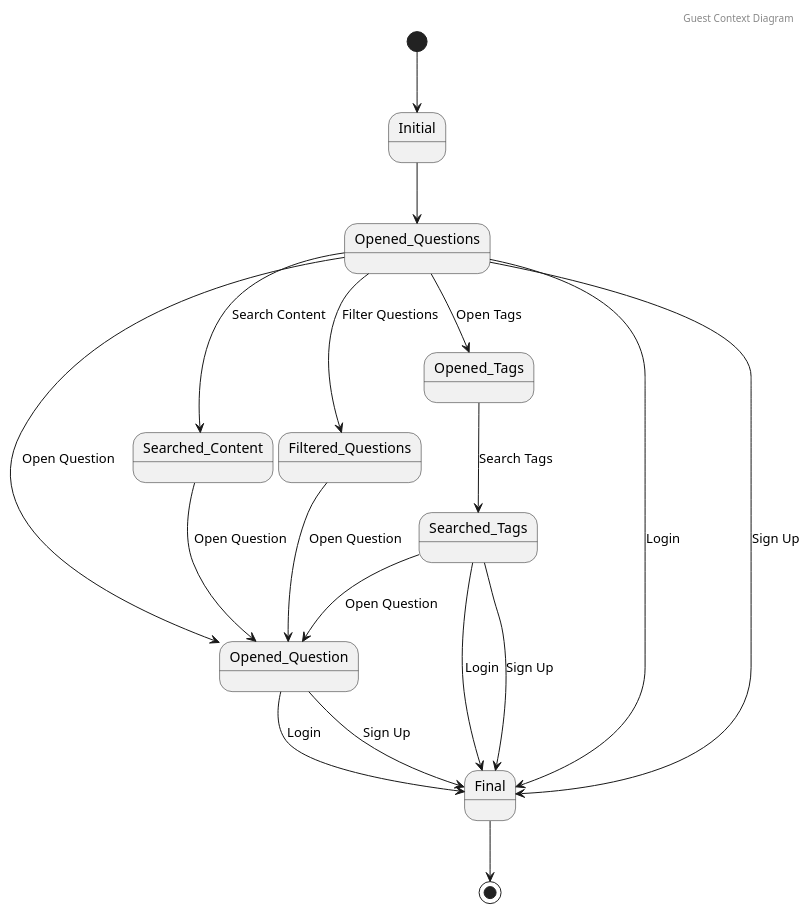
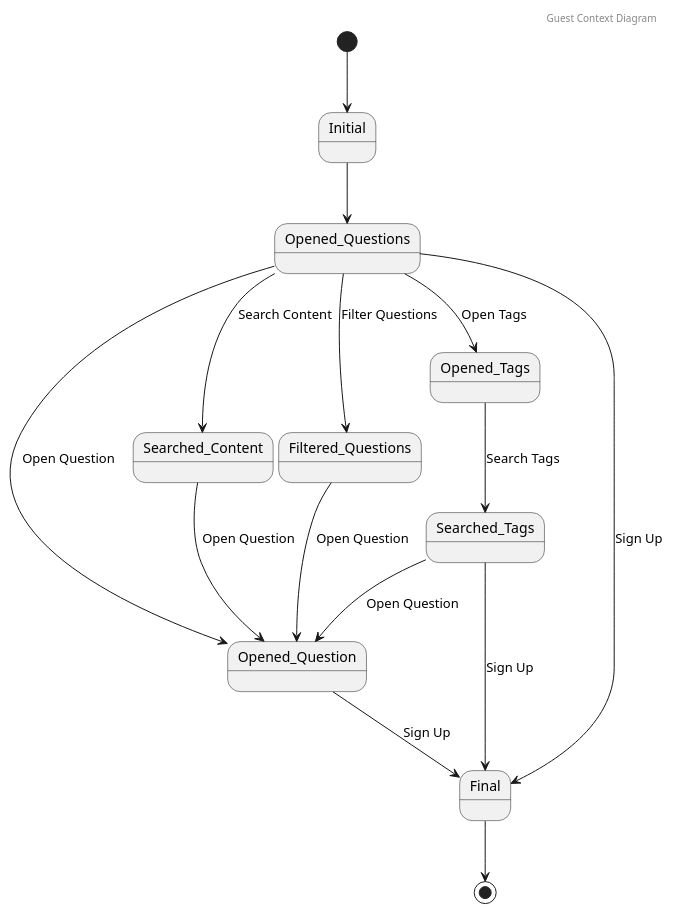
One commit to rafaelacirino/miw-backend-foro changed the diagram in src/main/resources/templates/diagramaDeContextoGuest.plantuml. Above: the diagram before and after it, drawn with PlantUML. The commit also changed 30 other files, not shown here.

Commit message:
fix diagramas

```diff
--- a/src/main/resources/templates/diagramaDeContextoGuest.plantuml
+++ b/src/main/resources/templates/diagramaDeContextoGuest.plantuml
@@ -1,27 +1,24 @@
 @startuml
 
 header Guest Context Diagram
 
 [*] --> Initial
 
 Initial --> Opened_Questions
 Opened_Questions --> Opened_Question : Open Question
 Opened_Questions --> Searched_Content : Search Content
 Searched_Content --> Opened_Question : Open Question
 Opened_Questions --> Filtered_Questions : Filter Questions
 Filtered_Questions --> Opened_Question : Open Question
 
 Opened_Questions --> Opened_Tags : Open Tags
 Opened_Tags --> Searched_Tags : Search Tags
 Searched_Tags --> Opened_Question : Open Question
 
-Opened_Question --> Final : Login
 Opened_Question --> Final : Sign Up
-Opened_Questions --> Final : Login
 Opened_Questions --> Final : Sign Up
-Searched_Tags --> Final : Login
 Searched_Tags --> Final : Sign Up
 
 Final --> [*]
 
 @enduml
```
